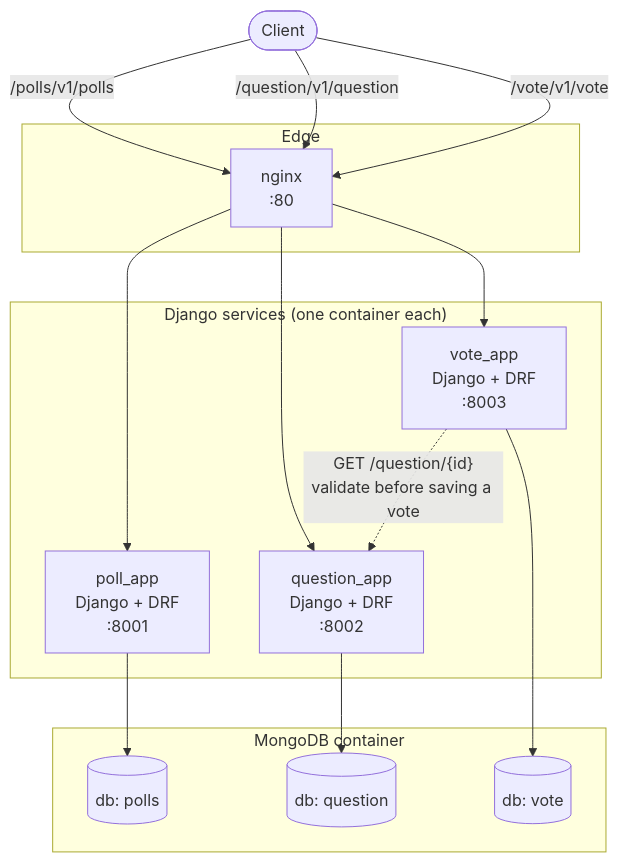
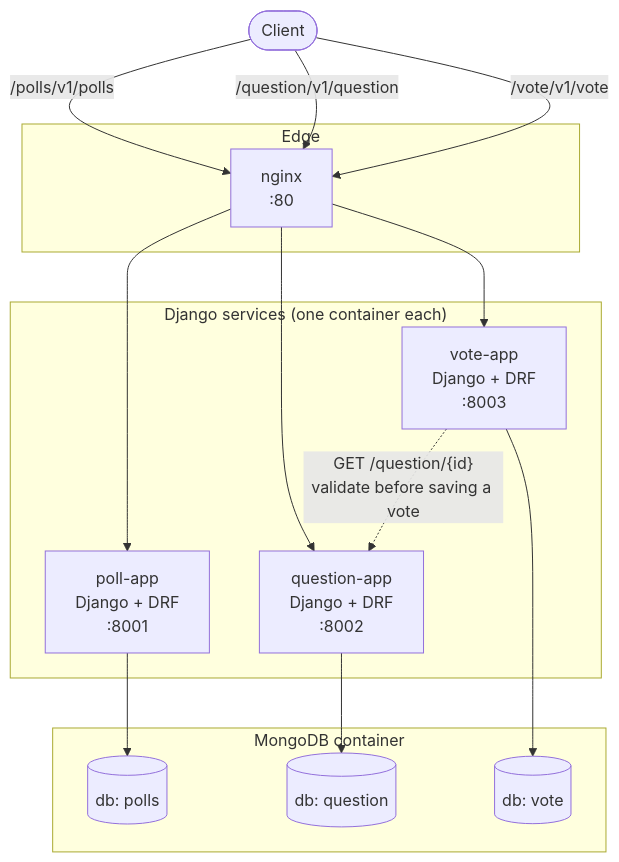
One commit to sodrooome/django-microservice changed the diagram in README.md. Above: the diagram before and after it, drawn with Mermaid. The commit also changed other lines of this file and 2 other files, not shown here.

````diff
--- a/README.md
+++ b/README.md
@@ -8,34 +8,34 @@
 ```mermaid
 flowchart TD
     client([Client])
 
     subgraph edge["Edge"]
         nginx["nginx\n:80"]
     end
 
     subgraph services["Django services (one container each)"]
-        poll["poll_app\nDjango + DRF\n:8001"]
-        question["question_app\nDjango + DRF\n:8002"]
-        vote["vote_app\nDjango + DRF\n:8003"]
+        poll["poll-app\nDjango + DRF\n:8001"]
+        question["question-app\nDjango + DRF\n:8002"]
+        vote["vote-app\nDjango + DRF\n:8003"]
     end
 
     subgraph data["MongoDB container"]
         db_polls[("db: polls")]
         db_question[("db: question")]
         db_vote[("db: vote")]
     end
 
     client -->|"/polls/v1/polls"| nginx
     client -->|"/question/v1/question"| nginx
     client -->|"/vote/v1/vote"| nginx
 
     nginx --> poll
     nginx --> question
     nginx --> vote
 
     poll --> db_polls
     question --> db_question
     vote --> db_vote
 
     vote -.->|"GET /question/{id}\nvalidate before saving a vote"| question
 ```
````
